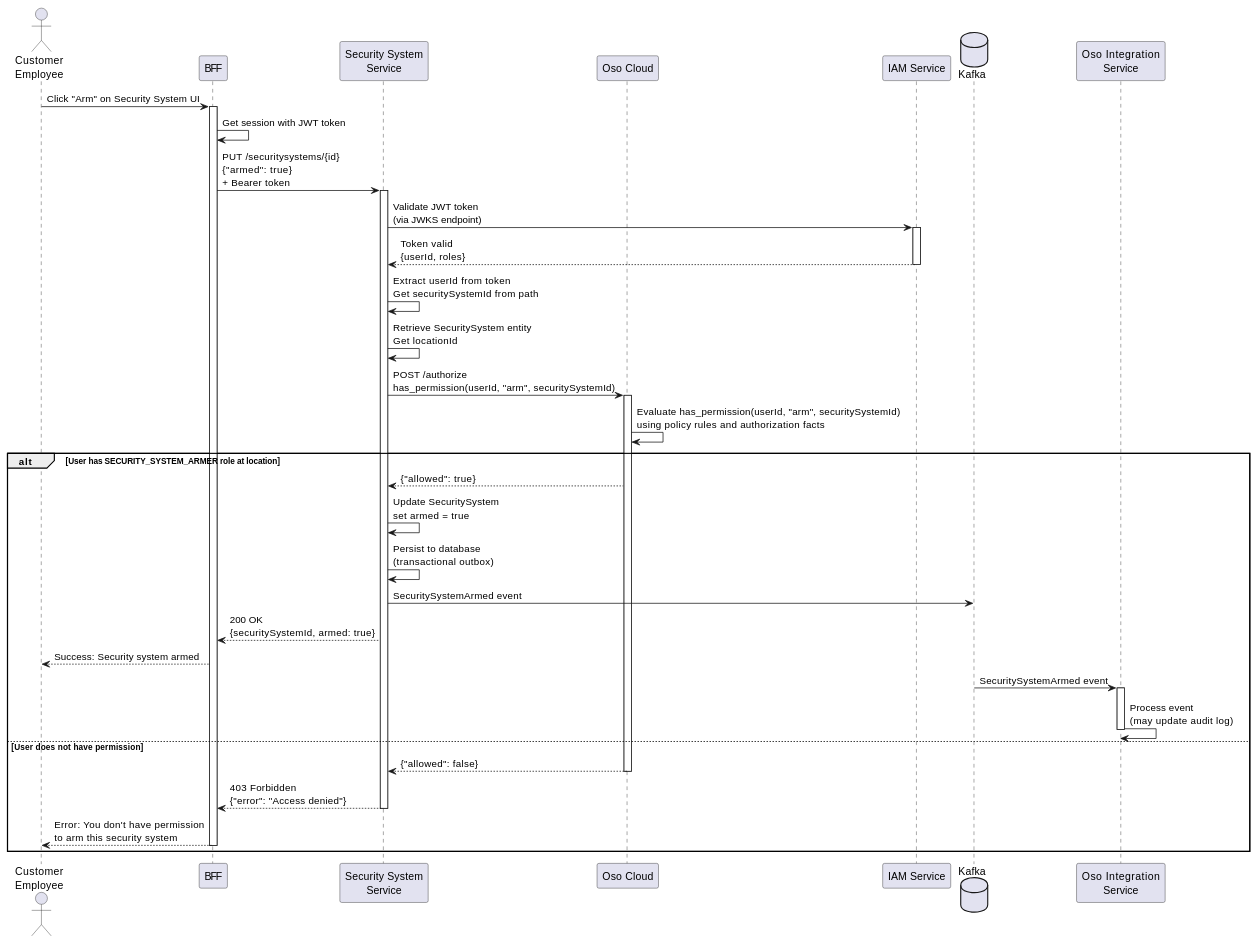
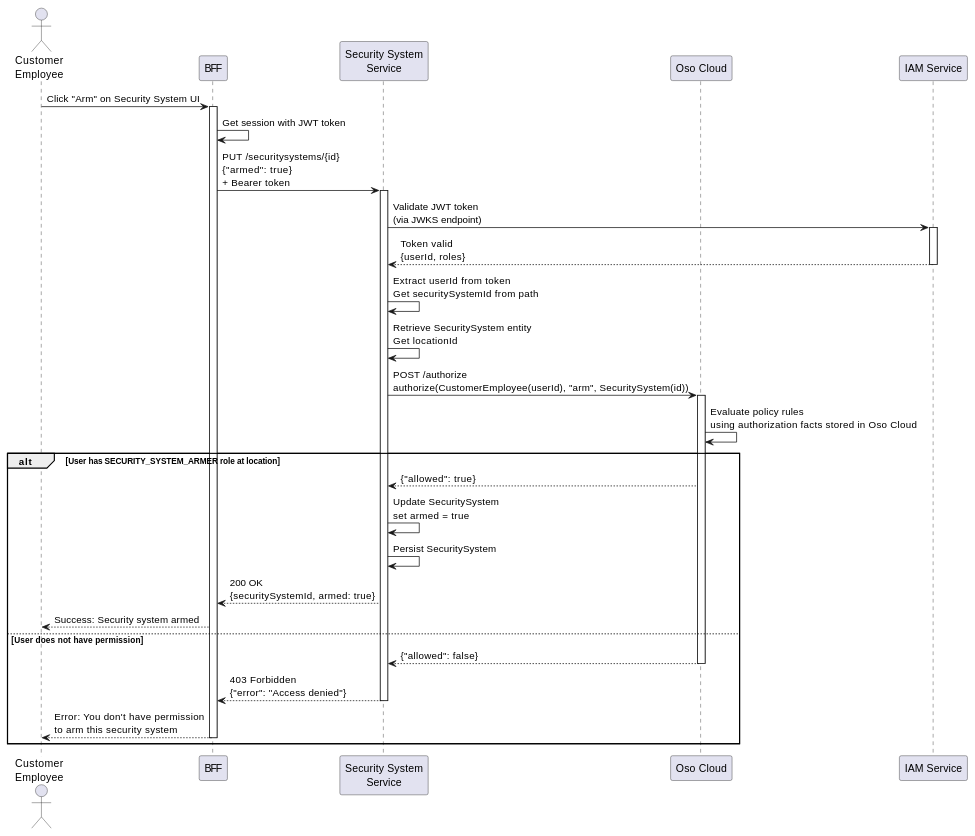
The first of 3 diagrams in docs/architecture/scenarios/arm-security-system.adoc (eventuate-examples/eventuate-examples-realguardio), drawn with PlantUML before and after one commit. The commit also changed other lines of this file and 12 other files, not shown here.

```diff
--- a/docs/architecture/scenarios/arm-security-system.adoc
+++ b/docs/architecture/scenarios/arm-security-system.adoc
@@ -9,62 +40,53 @@
 [plantuml]
 ....
 @startuml
 actor "Customer\nEmployee" as User
 participant "BFF" as BFF
 participant "Security System\nService" as SecuritySystem
 participant "Oso Cloud" as OsoCloud
 participant "IAM Service" as IAM
-database "Kafka" as Kafka
-participant "Oso Integration\nService" as Oso
 
 User -> BFF: Click "Arm" on Security System UI
 activate BFF
 
 BFF -> BFF: Get session with JWT token
 BFF -> SecuritySystem: PUT /securitysystems/{id}\n{"armed": true}\n+ Bearer token
 activate SecuritySystem
 
 SecuritySystem -> IAM: Validate JWT token\n(via JWKS endpoint)
 activate IAM
 IAM --> SecuritySystem: Token valid\n{userId, roles}
 deactivate IAM
 
 SecuritySystem -> SecuritySystem: Extract userId from token\nGet securitySystemId from path
 
 SecuritySystem -> SecuritySystem: Retrieve SecuritySystem entity\nGet locationId
 
-SecuritySystem -> OsoCloud: POST /authorize\nhas_permission(userId, "arm", securitySystemId)
+SecuritySystem -> OsoCloud: POST /authorize\nauthorize(CustomerEmployee(userId), "arm", SecuritySystem(id))
 activate OsoCloud
 
-OsoCloud -> OsoCloud: Evaluate has_permission(userId, "arm", securitySystemId)\nusing policy rules and authorization facts
+OsoCloud -> OsoCloud: Evaluate policy rules\nusing authorization facts stored in Oso Cloud
 
 alt User has SECURITY_SYSTEM_ARMER role at location
     OsoCloud --> SecuritySystem: {"allowed": true}
 
     SecuritySystem -> SecuritySystem: Update SecuritySystem\nset armed = true
-    SecuritySystem -> SecuritySystem: Persist to database\n(transactional outbox)
-
-    SecuritySystem -> Kafka: SecuritySystemArmed event
+    SecuritySystem -> SecuritySystem: Persist SecuritySystem
 
     SecuritySystem --> BFF: 200 OK\n{securitySystemId, armed: true}
 
     BFF --> User: Success: Security system armed
-
-    Kafka -> Oso: SecuritySystemArmed event
-    activate Oso
-    Oso -> Oso: Process event\n(may update audit log)
-    deactivate Oso
 
 else User does not have permission
     OsoCloud --> SecuritySystem: {"allowed": false}
     deactivate OsoCloud
 
     SecuritySystem --> BFF: 403 Forbidden\n{"error": "Access denied"}
     deactivate SecuritySystem
 
     BFF --> User: Error: You don't have permission\nto arm this security system
     deactivate BFF
 end
 
 @enduml
 ....
```
